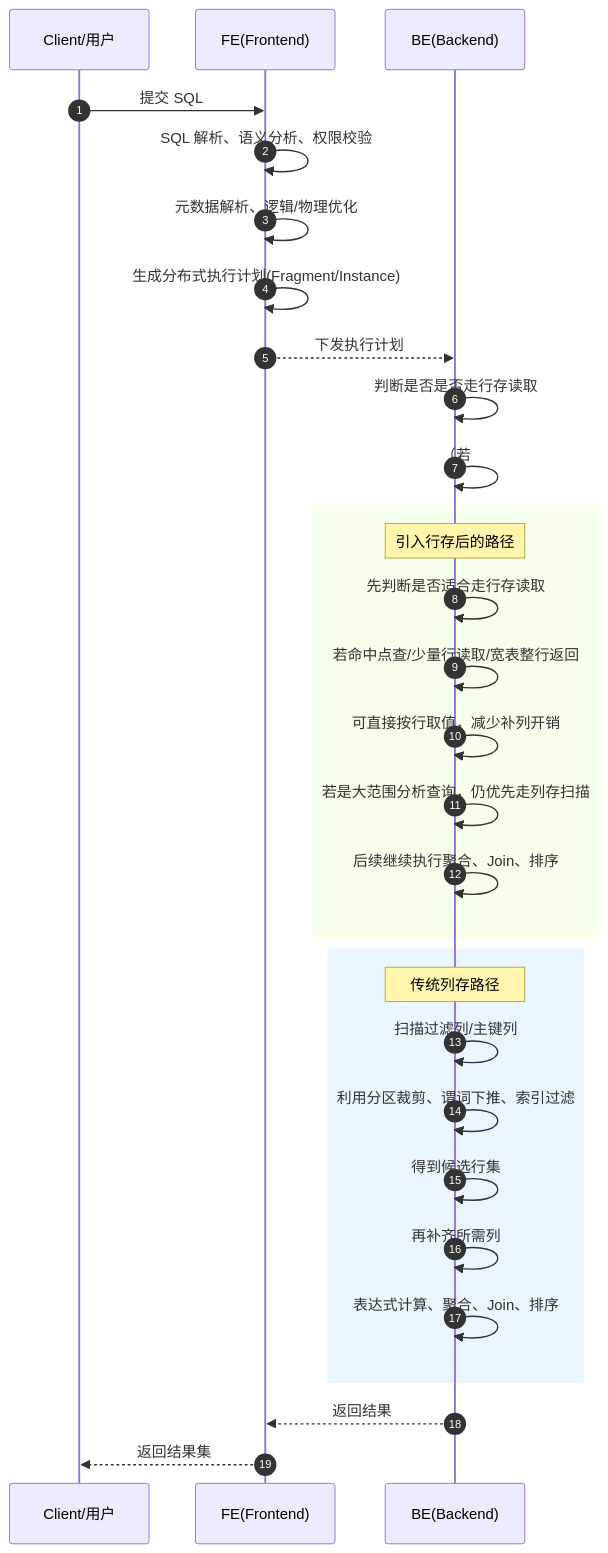
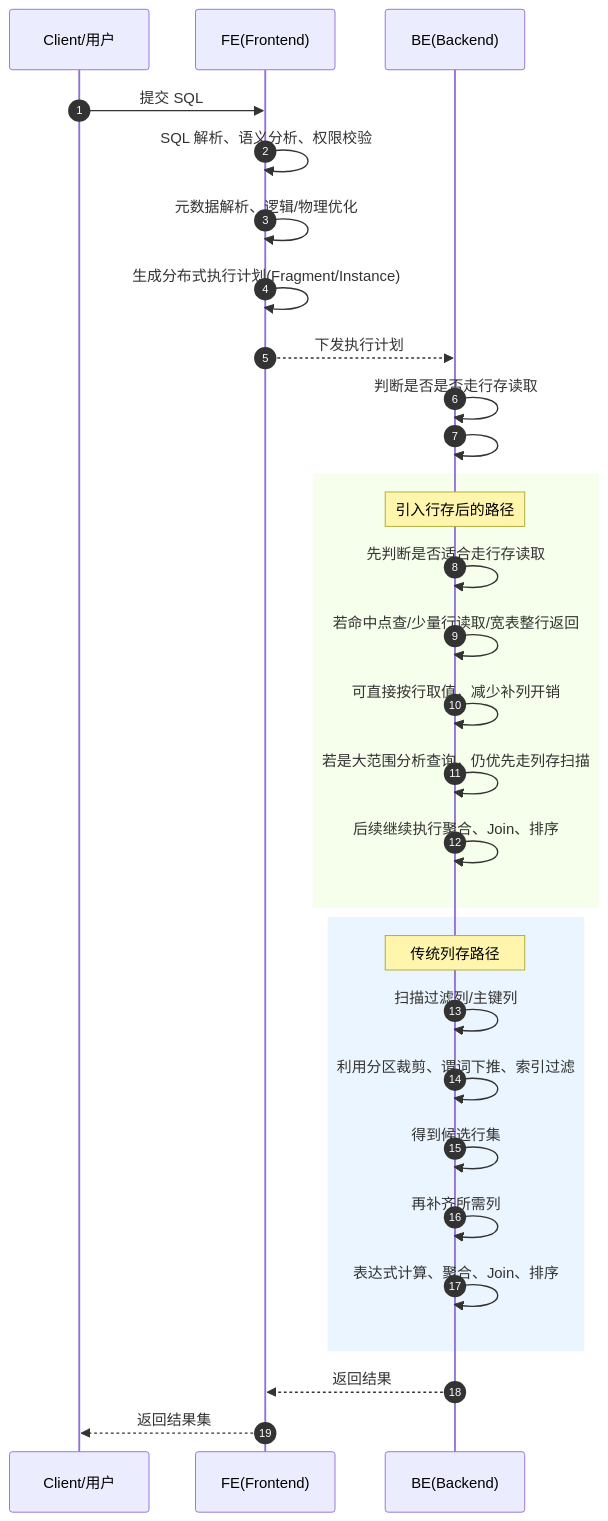
Before and after one commit to HY-10-8/iodraw-files: the diagram in all/未命名-4.md, drawn with Mermaid.

Commit message:
2026-04-22 17:41:19 update

````diff
--- a/all/未命名-4.md
+++ b/all/未命名-4.md
@@ -1,50 +1,50 @@
 ```mermaid
 sequenceDiagram
     autonumber
 
     participant Client as Client/用户
     participant FE as FE(Frontend)
     participant BE as BE(Backend)
     
     Client->>FE: 提交 SQL
     FE->>FE: SQL 解析、语义分析、权限校验
     FE->>FE: 元数据解析、逻辑/物理优化
     FE->>FE: 生成分布式执行计划(Fragment/Instance)
     FE-->>BE: 下发执行计划
 
     BE->>BE: 判断是否是否走行存读取
-    BE->>BE:  （若 
+    BE->>BE: 
 
 
 
     rect rgb(245,255,235)
         Note over BE: 引入行存后的路径
         BE->>BE: 先判断是否适合走行存读取
         BE->>BE: 若命中点查/少量行读取/宽表整行返回
         BE->>BE: 可直接按行取值，减少补列开销
         BE->>BE: 若是大范围分析查询，仍优先走列存扫描
         BE->>BE: 后续继续执行聚合、Join、排序
     end
 
 
     rect rgb(235,245,255)
         Note over BE: 传统列存路径
         BE->>BE: 扫描过滤列/主键列
         BE->>BE: 利用分区裁剪、谓词下推、索引过滤
         BE->>BE: 得到候选行集
         BE->>BE: 再补齐所需列
         BE->>BE: 表达式计算、聚合、Join、排序
     end
 
     BE-->>FE: 返回结果
     FE-->>Client: 返回结果集
 
 
 
 
 
 
 
 
 
 ```
````
